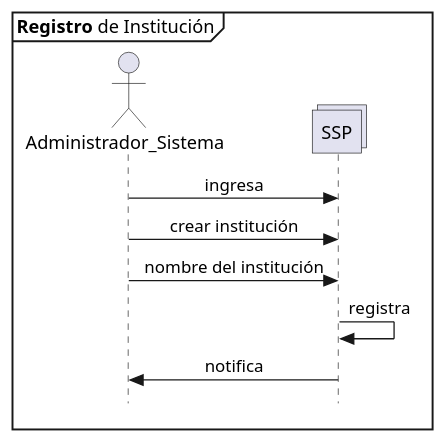
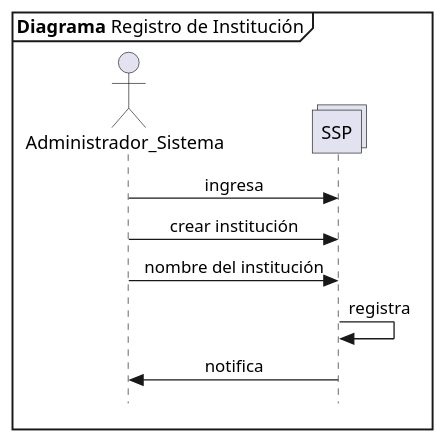
The diagram in propuesta SSP/12 registro de institucion.plantuml (n1m0d0/defdiag), drawn with PlantUML before and after one commit. The commit also changed 14 other files, not shown here.

Commit message:
cambio de nombres de diagramas

```diff
--- a/propuesta SSP/12 registro de institucion.plantuml
+++ b/propuesta SSP/12 registro de institucion.plantuml
@@ -1,16 +1,16 @@
 @startuml Registrar_Institución
 skinparam Style strictuml
 skinparam SequenceMessageAlignment center
 
-mainframe **Registro** de Institución
+mainframe **Diagrama** Registro de Institución
 
 actor Administrador_Sistema as admin
 collections SSP 
 
 admin -> SSP : ingresa
 admin -> SSP : crear institución
 admin -> SSP : nombre del institución
 SSP -> SSP : registra
 SSP -> admin : notifica 
 
 @enduml
```
